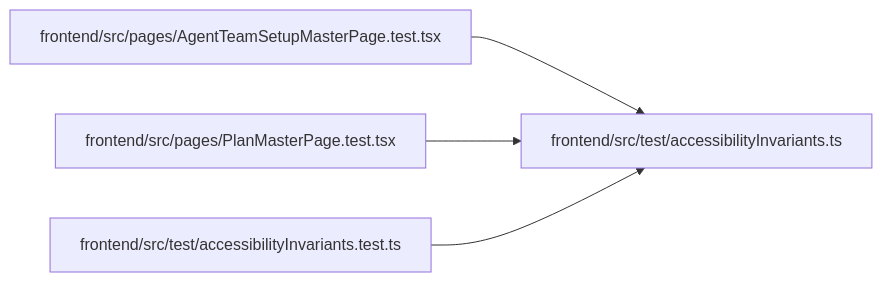
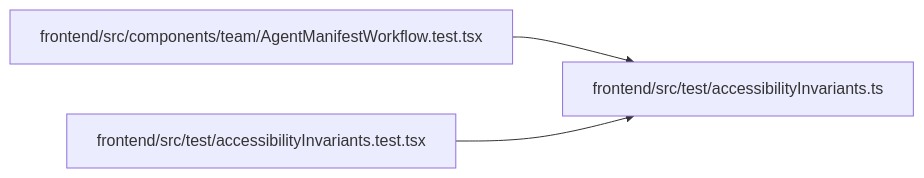
One commit to Denissvgn/WorkChord changed the diagram in docs/llm_wiki/modules/accessibilityInvariants.md. Above: the diagram before and after it, drawn with Mermaid. The commit also changed other lines of this file and 2373 other files, not shown here.

````diff
--- a/docs/llm_wiki/modules/accessibilityInvariants.md
+++ b/docs/llm_wiki/modules/accessibilityInvariants.md
@@ -26,14 +26,11 @@
 ```mermaid
 flowchart LR
-    n0["frontend/src/pages/AgentTeamSetupMasterPage.test.tsx"]
-    n1["frontend/src/pages/PlanMasterPage.test.tsx"]
-    n2["frontend/src/test/accessibilityInvariants.test.ts"]
-    n3["frontend/src/test/accessibilityInvariants.ts"]
-    n0 --> n3
-    n1 --> n3
-    n2 --> n3
-    click n0 "../modules/AgentTeamSetupMasterPage.test.md"
-    click n1 "../modules/PlanMasterPage.test.md"
-    click n2 "../modules/accessibilityInvariants.test.md"
-    click n3 "../modules/accessibilityInvariants.md"
+    n0["frontend/src/components/team/AgentManifestWorkflow.test.tsx"]
+    n1["frontend/src/test/accessibilityInvariants.test.tsx"]
+    n2["frontend/src/test/accessibilityInvariants.ts"]
+    n0 --> n2
+    n1 --> n2
+    click n0 "../modules/AgentManifestWorkflow.test.md"
+    click n1 "../modules/accessibilityInvariants.test.md"
+    click n2 "../modules/accessibilityInvariants.md"
 ```
````
